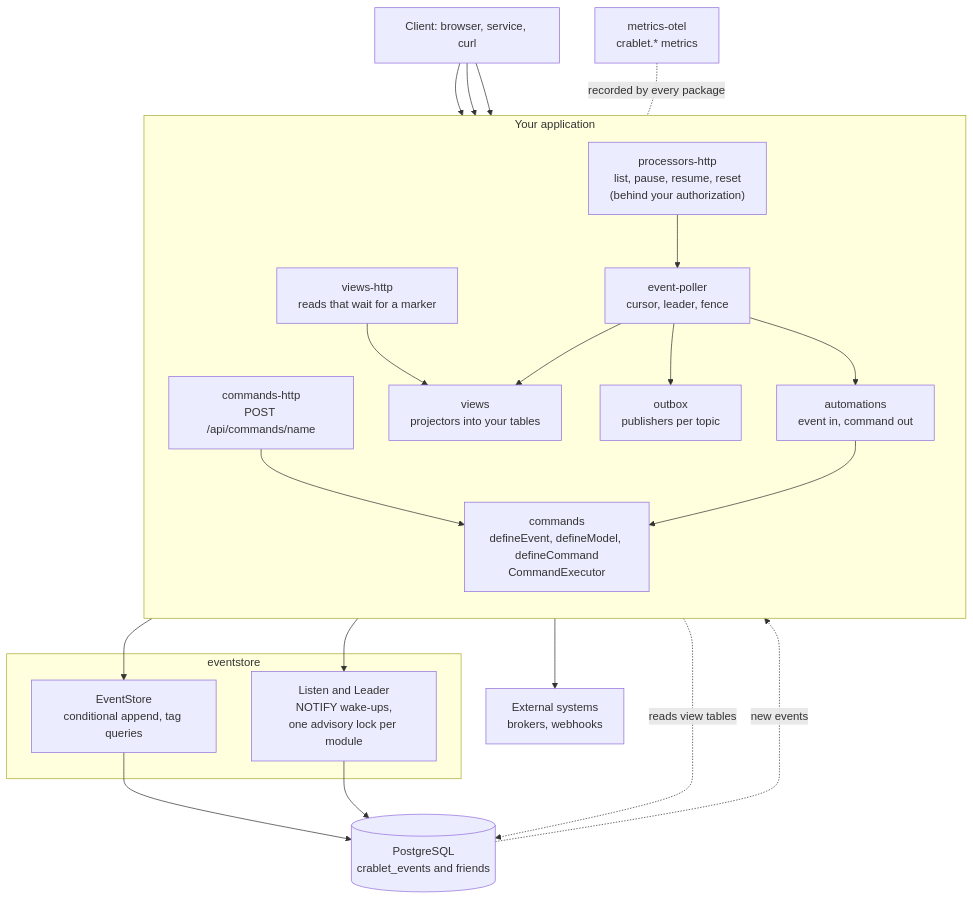
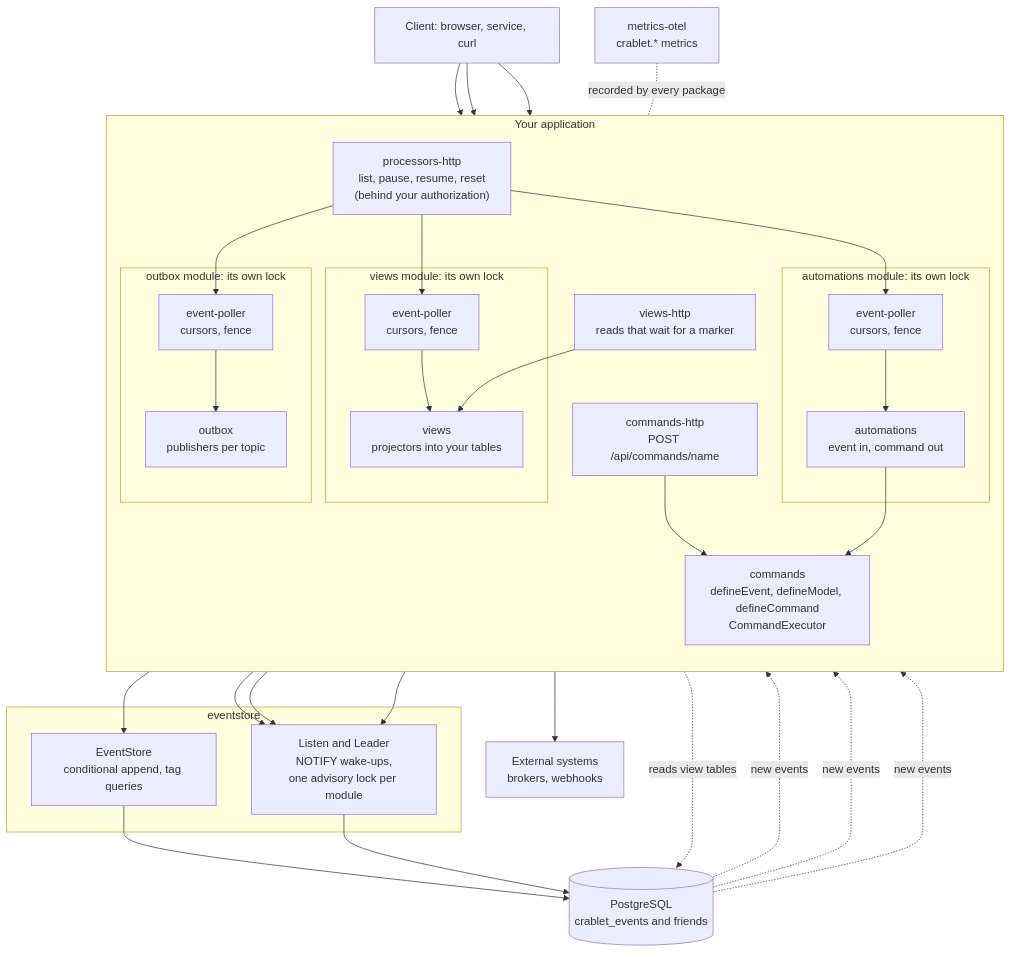
The first of 10 diagrams in docs/architecture.md (rodolfodpk/ts-effect-crablet), drawn with Mermaid before and after one commit. The commit also changed other lines of this file and 1 other file, not shown here.

Commit message:
Diagrams: one poller per module in the README and the whole-system diagram, each with its own leader lock

````diff
--- a/docs/architecture.md
+++ b/docs/architecture.md
@@ -16,46 +16,54 @@
 ```mermaid
 flowchart TB
   client["Client: browser, service, curl"]
 
   subgraph app["Your application"]
     direction TB
     http["commands-http<br/>POST /api/commands/name"]
     vhttp["views-http<br/>reads that wait for a marker"]
     phttp["processors-http<br/>list, pause, resume, reset<br/>(behind your authorization)"]
     cmd["commands<br/>defineEvent, defineModel, defineCommand<br/>CommandExecutor"]
-    views["views<br/>projectors into your tables"]
-    outbox["outbox<br/>publishers per topic"]
-    auto["automations<br/>event in, command out"]
-    poller["event-poller<br/>cursor, leader, fence"]
+    subgraph vm["views module: its own lock"]
+      pv["event-poller<br/>cursors, fence"] --> views["views<br/>projectors into your tables"]
+    end
+    subgraph am["automations module: its own lock"]
+      pa["event-poller<br/>cursors, fence"] --> auto["automations<br/>event in, command out"]
+    end
+    subgraph om["outbox module: its own lock"]
+      po["event-poller<br/>cursors, fence"] --> outbox["outbox<br/>publishers per topic"]
+    end
   end
 
   subgraph store["eventstore"]
     es["EventStore<br/>conditional append, tag queries"]
     listen["Listen and Leader<br/>NOTIFY wake-ups,<br/>one advisory lock per module"]
   end
 
   pg[("PostgreSQL<br/>crablet_events and friends")]
   ext["External systems<br/>brokers, webhooks"]
   metrics["metrics-otel<br/>crablet.* metrics"]
 
   client --> http
   client --> vhttp
   client --> phttp
-  phttp --> poller
+  phttp --> pv
+  phttp --> pa
+  phttp --> po
   http --> cmd
   cmd --> es
   es --> pg
   vhttp --> views
   views -. reads view tables .-> pg
 
-  pg -. new events .-> poller
-  poller --> views
-  poller --> outbox
-  poller --> auto
+  pg -. new events .-> pv
+  pg -. new events .-> pa
+  pg -. new events .-> po
   auto --> cmd
   outbox --> ext
-  poller --> listen
+  pv --> listen
+  pa --> listen
+  po --> listen
   listen --> pg
 
   metrics -. recorded by every package .- app
 ```
````
